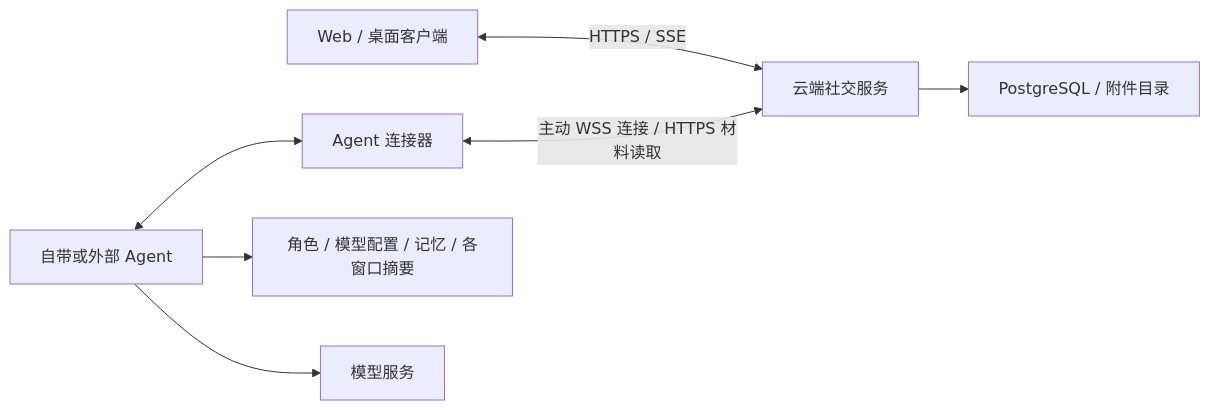
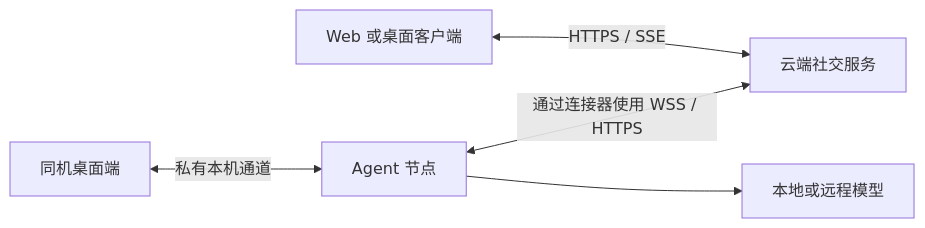
One commit to NingCold/llm-nest changed the diagram in docs/design/overview.md. Above: the diagram before and after it, drawn with Mermaid. The commit also changed other lines of this file and 23 other files, not shown here.

````diff
--- a/docs/design/overview.md
+++ b/docs/design/overview.md
@@ -11,9 +7,7 @@
 ```mermaid
 flowchart LR
-    Client[Web / 桌面客户端] <-->|HTTPS / SSE| Cloud[云端社交服务]
-    Cloud --> SocialData[PostgreSQL / 附件目录]
-    Connector[Agent 连接器] <-->|主动 WSS 连接 / HTTPS 材料读取| Cloud
-    Agent[自带或外部 Agent] <--> Connector
-    Agent --> PrivateData[角色 / 模型配置 / 记忆 / 各窗口摘要]
-    Agent --> Model[模型服务]
+    Client[Web 或桌面客户端] <-->|HTTPS / SSE| Server[云端社交服务]
+    Agent[Agent 节点] <-->|通过连接器使用 WSS / HTTPS| Server
+    Agent --> Model[本地或远程模型]
+    Desktop[同机桌面端] <-->|私有本机通道| Agent
 ```
````
